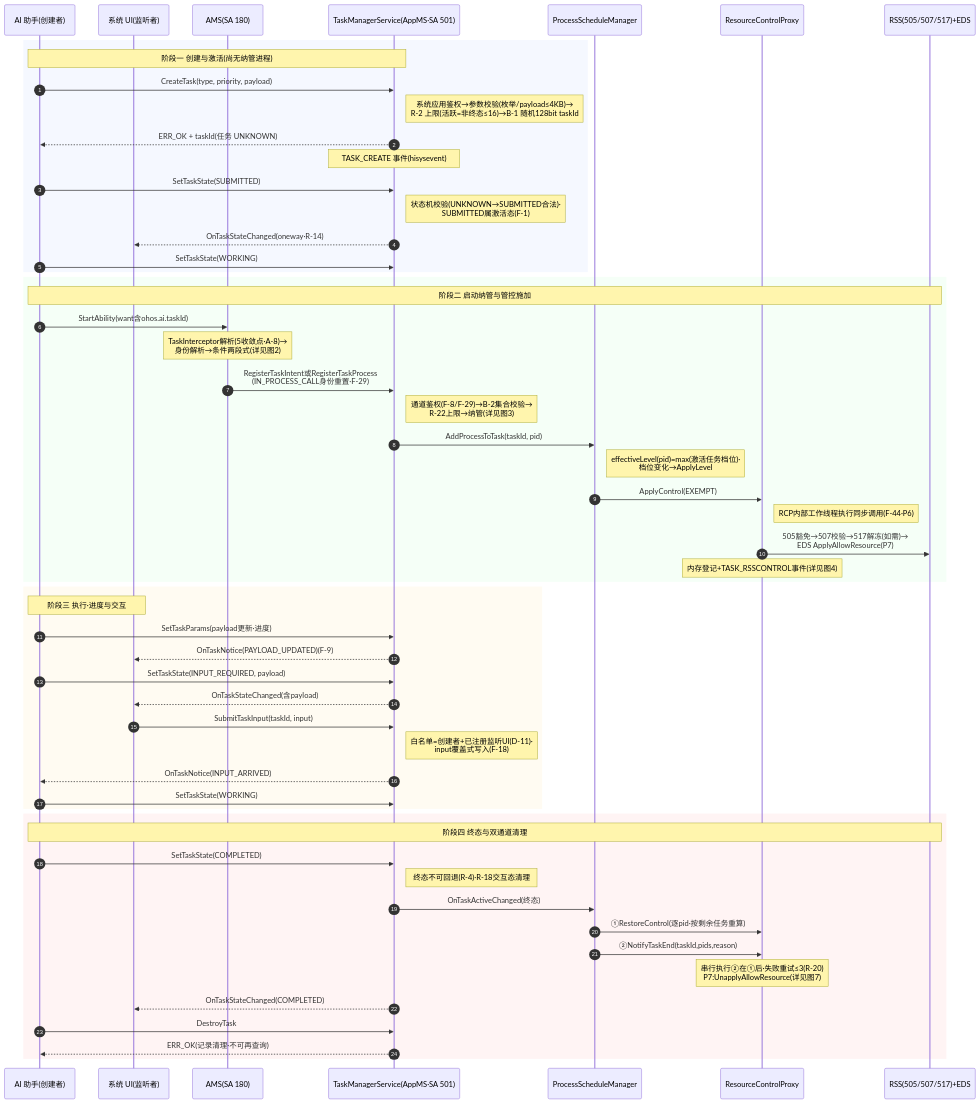
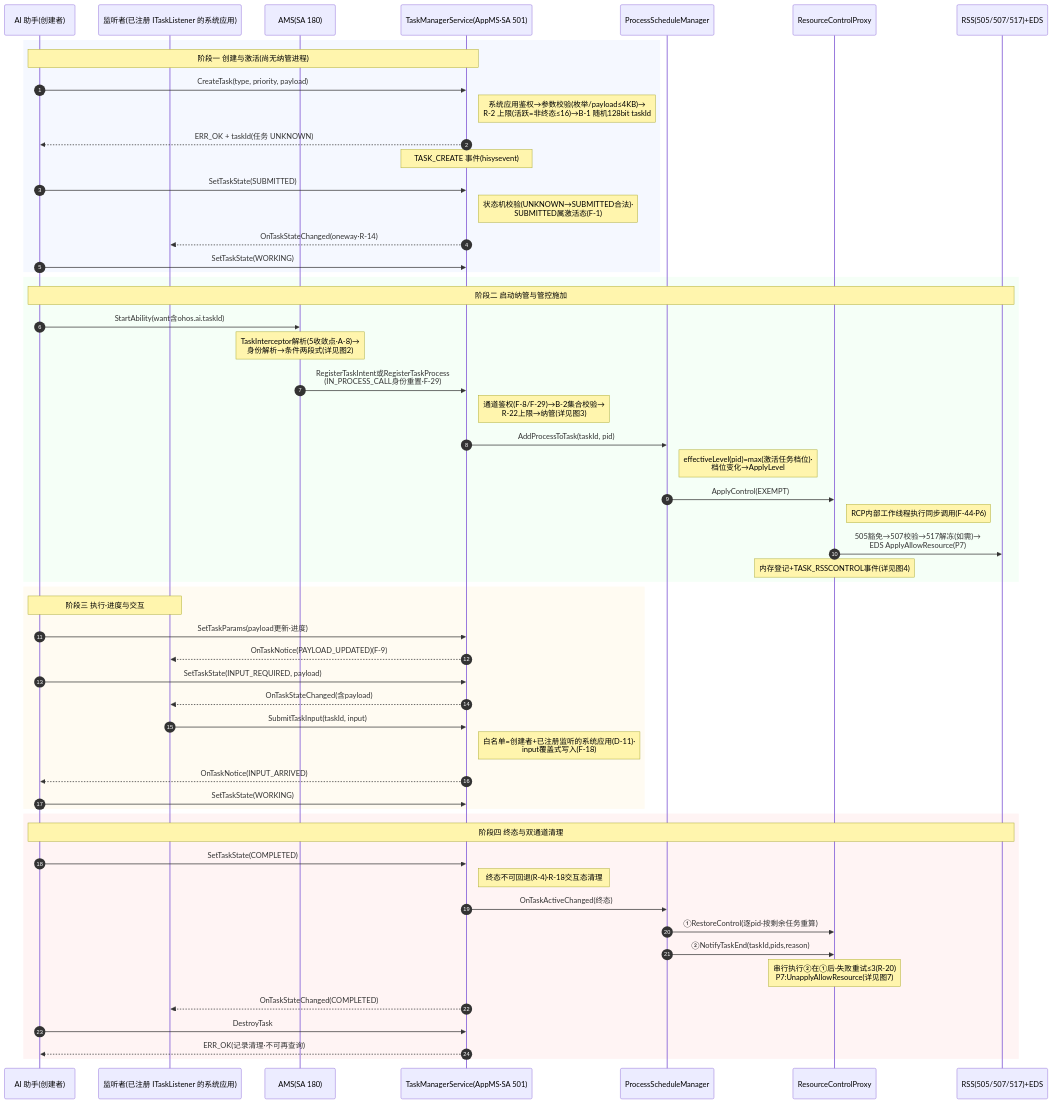
Before and after one commit to xuanjiazhen/ability_ability_runtime: the first of 8 diagrams in .codespec/changes/ai-task-manager/docs/flow-diagrams.md, drawn with Mermaid. The commit also changed other lines of this file, not shown here.

Commit message:
docs(ai-task-manager): 图1监听者泛化——'系统 UI'改为通用'监听者'
图 1 参与方 participant UI as 系统 UI(监听者) → LSN as
监听者(已注册 ITaskListener 的系统应用)；阶段三/四全部回调与
SubmitTaskInput 调用方、分步说明表步骤 8、白名单注释同步措辞。
机制不变：监听者=任意已注册 ITaskListener 的系统应用（含系统 UI），
与 R-14/D-11 一致。

AI[100%] Human Fixed[0%] Human[0%] AI Adopted[100%]

````diff
--- a/.codespec/changes/ai-task-manager/docs/flow-diagrams.md
+++ b/.codespec/changes/ai-task-manager/docs/flow-diagrams.md
@@ -23,62 +23,62 @@
 ```mermaid
 sequenceDiagram
     autonumber
     participant AI as AI 助手(创建者)
-    participant UI as 系统 UI(监听者)
+    participant LSN as 监听者(已注册 ITaskListener 的系统应用)
     participant AMS as AMS(SA 180)
     participant TMS as TaskManagerService(AppMS·SA 501)
     participant PS as ProcessScheduleManager
     participant RCP as ResourceControlProxy
     participant EXT as RSS(505/507/517)+EDS
 
     rect rgb(245,248,255)
     Note over AI,TMS: 阶段一 创建与激活(尚无纳管进程)
     AI->>TMS: CreateTask(type, priority, payload)
     Note right of TMS: 系统应用鉴权→参数校验(枚举/payload≤4KB)→<br/>R-2 上限(活跃=非终态≤16)→B-1 随机128bit taskId
     TMS-->>AI: ERR_OK + taskId(任务 UNKNOWN)
     Note over TMS: TASK_CREATE 事件(hisysevent)
     AI->>TMS: SetTaskState(SUBMITTED)
     Note right of TMS: 状态机校验(UNKNOWN→SUBMITTED合法)·<br/>SUBMITTED属激活态(F-1)
-    TMS-->>UI: OnTaskStateChanged(oneway·R-14)
+    TMS-->>LSN: OnTaskStateChanged(oneway·R-14)
     AI->>TMS: SetTaskState(WORKING)
     end
 
     rect rgb(245,255,247)
     Note over AI,EXT: 阶段二 启动纳管与管控施加
     AI->>AMS: StartAbility(want含ohos.ai.taskId)
     Note over AMS: TaskInterceptor解析(5收敛点·A-8)→<br/>身份解析→条件两段式(详见图2)
     AMS->>TMS: RegisterTaskIntent或RegisterTaskProcess<br/>(IN_PROCESS_CALL身份重置·F-29)
     Note right of TMS: 通道鉴权(F-8/F-29)→B-2集合校验→<br/>R-22上限→纳管(详见图3)
     TMS->>PS: AddProcessToTask(taskId, pid)
     Note right of PS: effectiveLevel(pid)=max(激活任务档位)·<br/>档位变化→ApplyLevel
     PS->>RCP: ApplyControl(EXEMPT)
     Note right of RCP: RCP内部工作线程执行同步调用(F-44·P6)
     RCP->>EXT: 505豁免→507校验→517解冻(如需)→<br/>EDS ApplyAllowResource(P7)
     Note over RCP: 内存登记+TASK_RSSCONTROL事件(详见图4)
     end
 
     rect rgb(255,251,242)
-    Note over AI,UI: 阶段三 执行·进度与交互
+    Note over AI,LSN: 阶段三 执行·进度与交互
     AI->>TMS: SetTaskParams(payload更新·进度)
-    TMS-->>UI: OnTaskNotice(PAYLOAD_UPDATED)(F-9)
+    TMS-->>LSN: OnTaskNotice(PAYLOAD_UPDATED)(F-9)
     AI->>TMS: SetTaskState(INPUT_REQUIRED, payload)
-    TMS-->>UI: OnTaskStateChanged(含payload)
-    UI->>TMS: SubmitTaskInput(taskId, input)
-    Note right of TMS: 白名单=创建者+已注册监听UI(D-11)·<br/>input覆盖式写入(F-18)
+    TMS-->>LSN: OnTaskStateChanged(含payload)
+    LSN->>TMS: SubmitTaskInput(taskId, input)
+    Note right of TMS: 白名单=创建者+已注册监听的系统应用(D-11)·<br/>input覆盖式写入(F-18)
     TMS-->>AI: OnTaskNotice(INPUT_ARRIVED)
     AI->>TMS: SetTaskState(WORKING)
     end
 
     rect rgb(255,244,244)
     Note over AI,EXT: 阶段四 终态与双通道清理
     AI->>TMS: SetTaskState(COMPLETED)
     Note right of TMS: 终态不可回退(R-4)·R-18交互态清理
     TMS->>PS: OnTaskActiveChanged(终态)
     PS->>RCP: ①RestoreControl(逐pid·按剩余任务重算)
     PS->>RCP: ②NotifyTaskEnd(taskId,pids,reason)
     Note over RCP: 串行执行②在①后·失败重试≤3(R-20)<br/>P7:UnapplyAllowResource(详见图7)
-    TMS-->>UI: OnTaskStateChanged(COMPLETED)
+    TMS-->>LSN: OnTaskStateChanged(COMPLETED)
     AI->>TMS: DestroyTask
     TMS-->>AI: ERR_OK(记录清理·不可再查询)
     end
 ```
````
